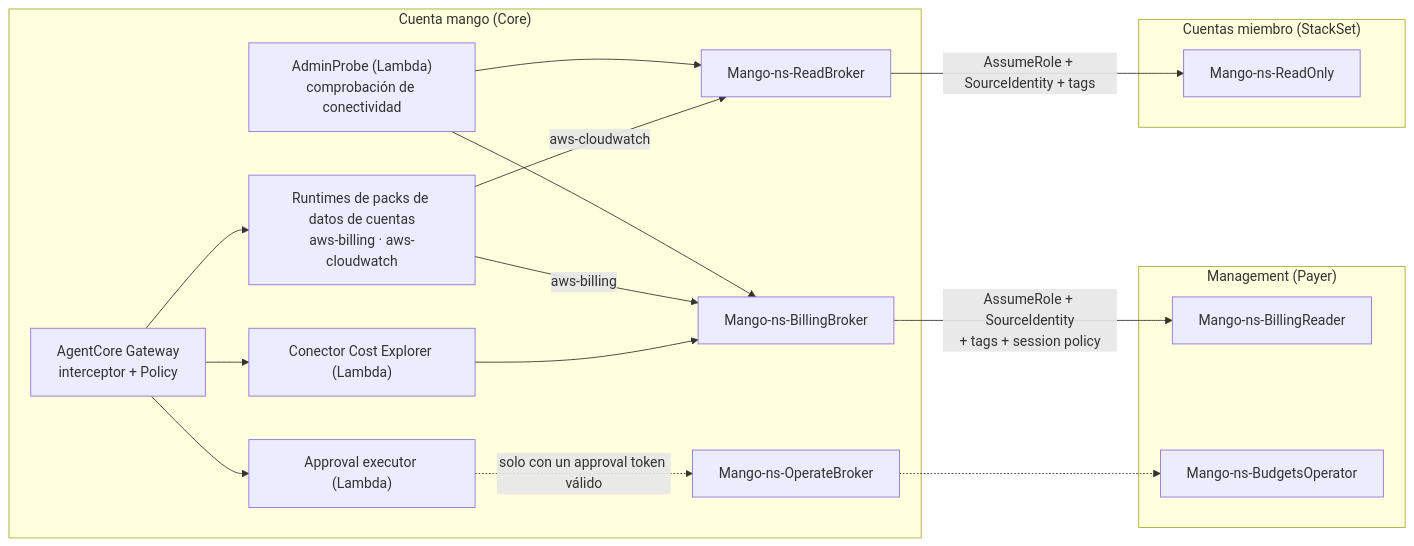
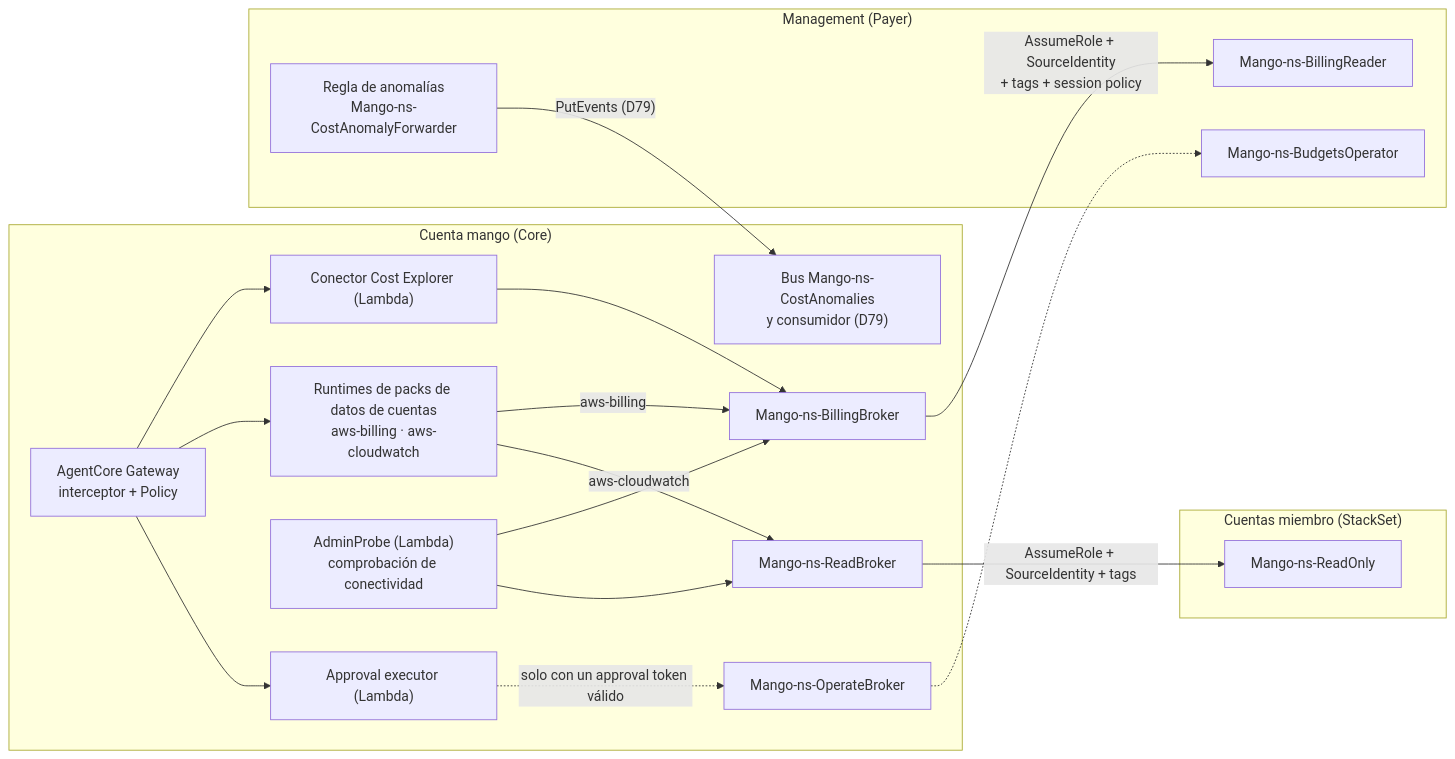
The second of 2 diagrams in docs/architecture/reference-architecture.md (jhonmezaa/mango), drawn with Mermaid before and after one commit. The commit also changed other lines of this file and 6 other files, not shown here.

First line of the commit message:
docs: cost anomaly investigation by event (D79) and its threat model

````diff
--- a/docs/architecture/reference-architecture.md
+++ b/docs/architecture/reference-architecture.md
@@ -560,31 +563,34 @@
 ```mermaid
 flowchart LR
   subgraph MANGO["Cuenta mango (Core)"]
     GW["AgentCore Gateway<br/>interceptor + Policy"]
     C["Conector Cost Explorer (Lambda)"]
     PK["Runtimes de packs de datos de cuentas<br/>aws-billing · aws-cloudwatch"]
     AP["AdminProbe (Lambda)<br/>comprobación de conectividad"]
     AE["Approval executor (Lambda)"]
     RB["Mango-ns-ReadBroker"]
     BB["Mango-ns-BillingBroker"]
     OB["Mango-ns-OperateBroker"]
+    CAB["Bus Mango-ns-CostAnomalies<br/>y consumidor (D79)"]
   end
   subgraph MGMT["Management (Payer)"]
     BR["Mango-ns-BillingReader"]
     BO["Mango-ns-BudgetsOperator"]
+    CF["Regla de anomalías<br/>Mango-ns-CostAnomalyForwarder"]
   end
   subgraph MEM["Cuentas miembro (StackSet)"]
     RO["Mango-ns-ReadOnly"]
   end
   GW --> C
   GW --> PK
   GW --> AE
   C --> BB
   PK -- "aws-billing" --> BB
   PK -- "aws-cloudwatch" --> RB
   AP --> BB
   AP --> RB
   BB -- "AssumeRole + SourceIdentity<br/>+ tags + session policy" --> BR
   RB -- "AssumeRole + SourceIdentity + tags" --> RO
   AE -. "solo con un approval token válido" .-> OB -.-> BO
+  CF -- "PutEvents (D79)" --> CAB
 ```
````
